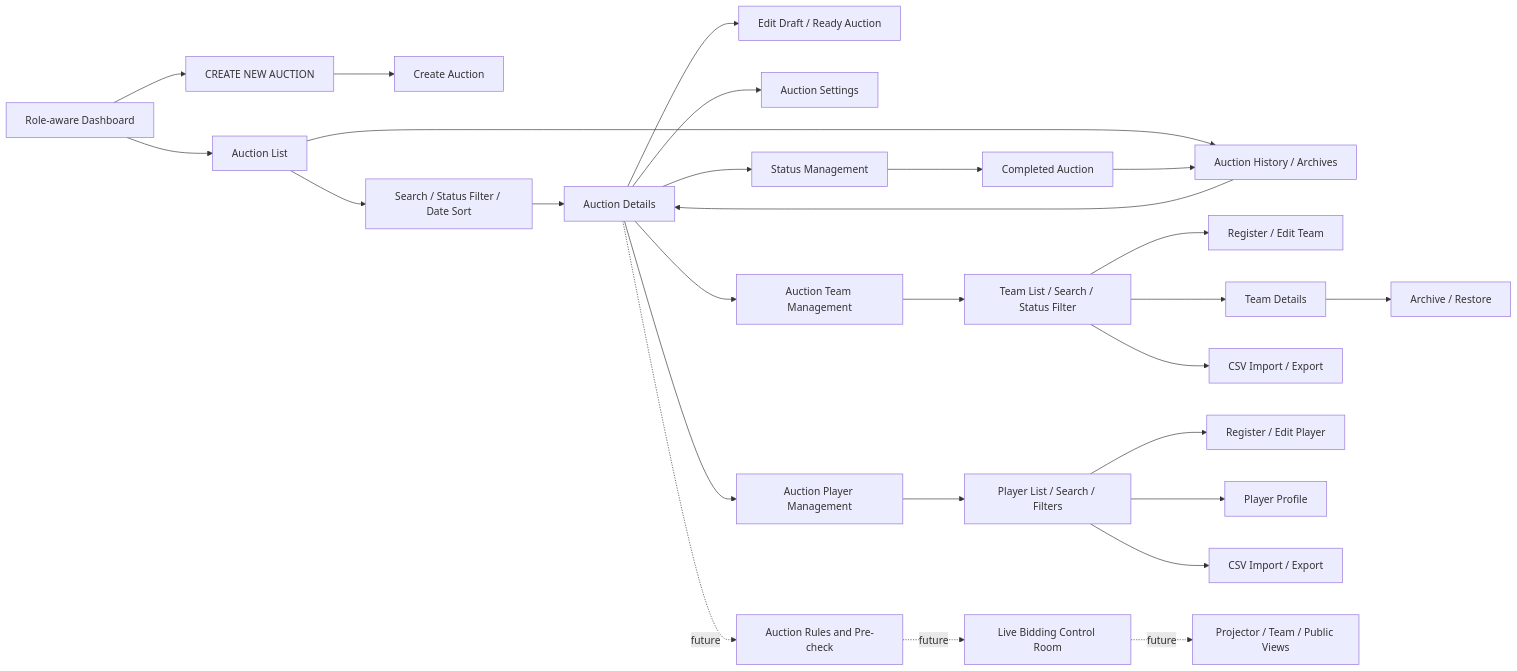
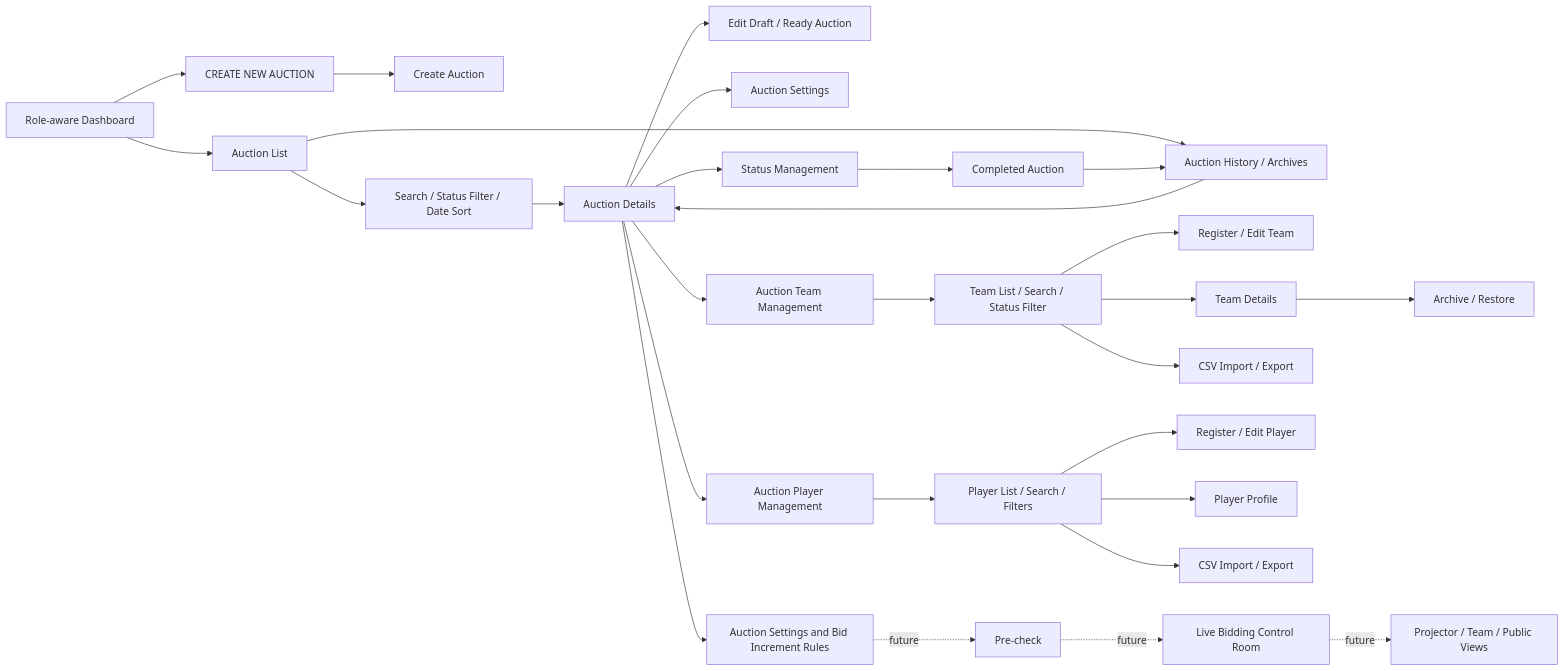
One commit to Bhautik-Dev/jp_auction_arena changed the second of 3 diagrams in docs/APP_NAVIGATION_FLOW.md. Above: the diagram before and after it, drawn with Mermaid. The commit also changed other lines of this file and 14 other files, not shown here.

````diff
--- a/docs/APP_NAVIGATION_FLOW.md
+++ b/docs/APP_NAVIGATION_FLOW.md
@@ -33,29 +33,30 @@
 ```mermaid
 flowchart LR
     D[Role-aware Dashboard] --> CTA[CREATE NEW AUCTION]
     D --> L[Auction List]
     CTA --> C[Create Auction]
     L --> F[Search / Status Filter / Date Sort]
     F --> V[Auction Details]
     V --> E[Edit Draft / Ready Auction]
     V --> S[Auction Settings]
     V --> A[Status Management]
     L --> H[Auction History / Archives]
     A --> R[Completed Auction]
     R --> H
     H --> V
     V --> TM[Auction Team Management]
     TM --> TL[Team List / Search / Status Filter]
     TL --> TC[Register / Edit Team]
     TL --> TD[Team Details]
     TD --> TA[Archive / Restore]
     TL --> TI[CSV Import / Export]
     V --> PM[Auction Player Management]
     PM --> PL[Player List / Search / Filters]
     PL --> PR[Register / Edit Player]
     PL --> PD[Player Profile]
     PL --> PI[CSV Import / Export]
-    V -. future .-> CFG[Auction Rules and Pre-check]
-    CFG -. future .-> LIVE[Live Bidding Control Room]
+    V --> CFG[Auction Settings and Bid Increment Rules]
+    CFG -. future .-> CHECK[Pre-check]
+    CHECK -. future .-> LIVE[Live Bidding Control Room]
     LIVE -. future .-> DISP[Projector / Team / Public Views]
 ```
````
